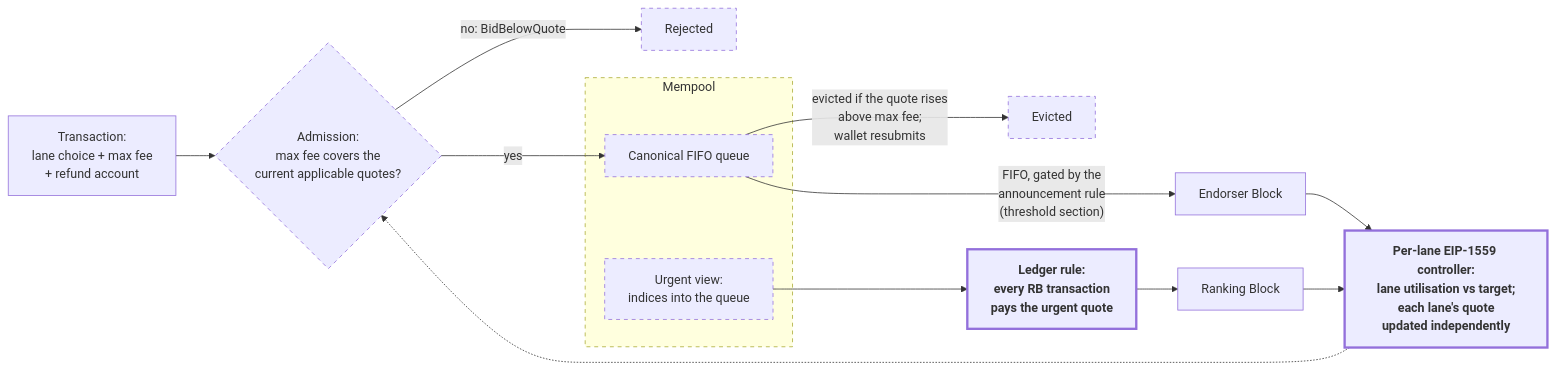
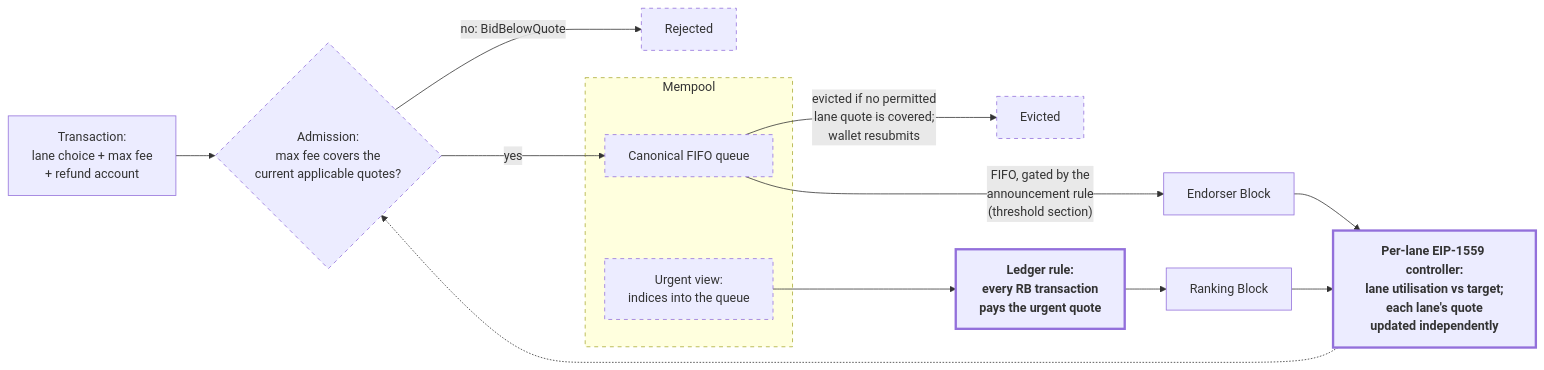
One commit to cardano-foundation/CIPs changed the first of 4 diagrams in CIP-0200/README.md. Above: the diagram before and after it, drawn with Mermaid. The commit also changed other lines of this file, not shown here.

````diff
--- a/CIP-0200/README.md
+++ b/CIP-0200/README.md
@@ -76,21 +76,21 @@
 ```mermaid
 flowchart LR
     TX["Transaction:<br/>lane choice + max fee<br/>+ refund account"] --> ADM{"Admission:<br/>max fee covers the<br/>current applicable quotes?"}
     ADM -- "no: BidBelowQuote" --> REJ["Rejected"]
     ADM -- "yes" --> Q
     subgraph MP["Mempool"]
         Q["Canonical FIFO queue"]
         UV["Urgent view:<br/>indices into the queue"]
     end
-    Q -- "evicted if the quote rises<br/>above max fee;<br/>wallet resubmits" --> EV["Evicted"]
+    Q -- "evicted if no permitted<br/>lane quote is covered;<br/>wallet resubmits" --> EV["Evicted"]
     UV --> RULE["Ledger rule:<br/>every RB transaction<br/>pays the urgent quote"]
     RULE --> RB["Ranking Block"]
     Q -- "FIFO, gated by the<br/>announcement rule<br/>(threshold section)" --> EB["Endorser Block"]
     RB --> CTRL["Per-lane EIP-1559 controller:<br/>lane utilisation vs target;<br/>each lane's quote<br/>updated independently"]
     EB --> CTRL
     CTRL -.-> ADM
     classDef enforced stroke-width:3px,font-weight:bold;
     classDef policy stroke-dasharray:5 5;
     class RULE,CTRL enforced;
     class ADM,REJ,MP,Q,UV,EV policy;
 ```
````
